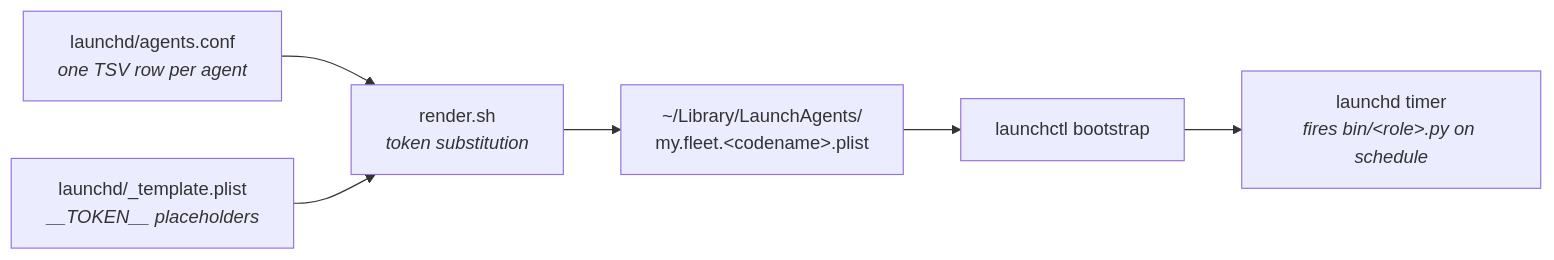
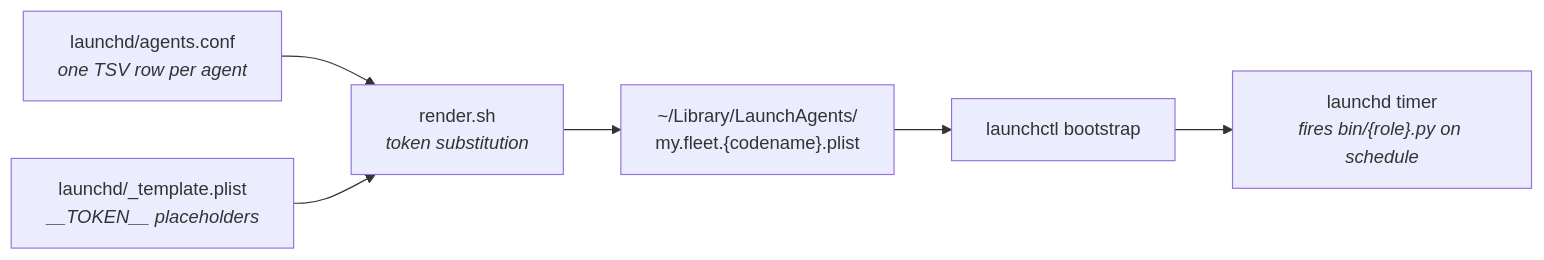
One commit to luminik-io/alfred-os changed the diagram in site/src/content/docs/reference/launchd.md. Above: the diagram before and after it, drawn with Mermaid. The commit also changed 7 other files, not shown here.

First line of the commit message:
fix(site): repair broken mermaid diagrams + pin copyright bar

````diff
--- a/site/src/content/docs/reference/launchd.md
+++ b/site/src/content/docs/reference/launchd.md
@@ -16,15 +16,15 @@
 ```mermaid
 flowchart LR
     conf["launchd/agents.conf<br/><i>one TSV row per agent</i>"]
     tmpl["launchd/_template.plist<br/><i>__TOKEN__ placeholders</i>"]
     render["render.sh<br/><i>token substitution</i>"]
-    plists["~/Library/LaunchAgents/<br/>my.fleet.&lt;codename&gt;.plist"]
+    plists["~/Library/LaunchAgents/<br/>my.fleet.{codename}.plist"]
     lc["launchctl bootstrap"]
-    sched["launchd timer<br/><i>fires bin/&lt;role&gt;.py on schedule</i>"]
+    sched["launchd timer<br/><i>fires bin/{role}.py on schedule</i>"]
 
     conf --> render
     tmpl --> render
     render --> plists
     plists --> lc
     lc --> sched
 ```
````
